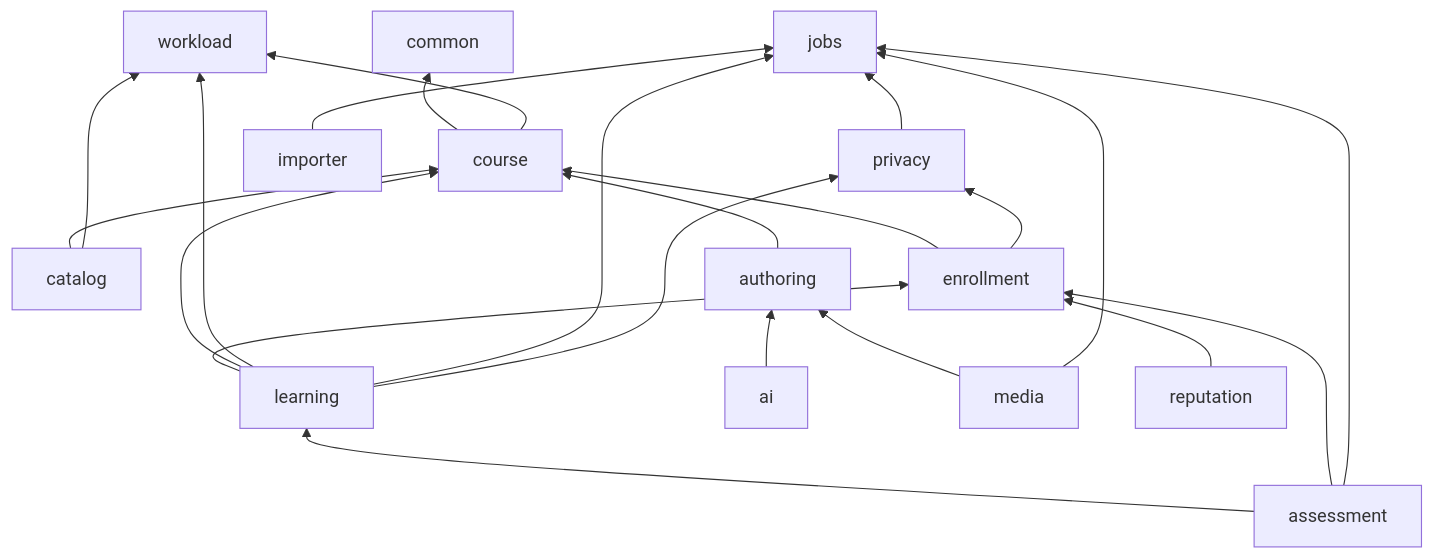
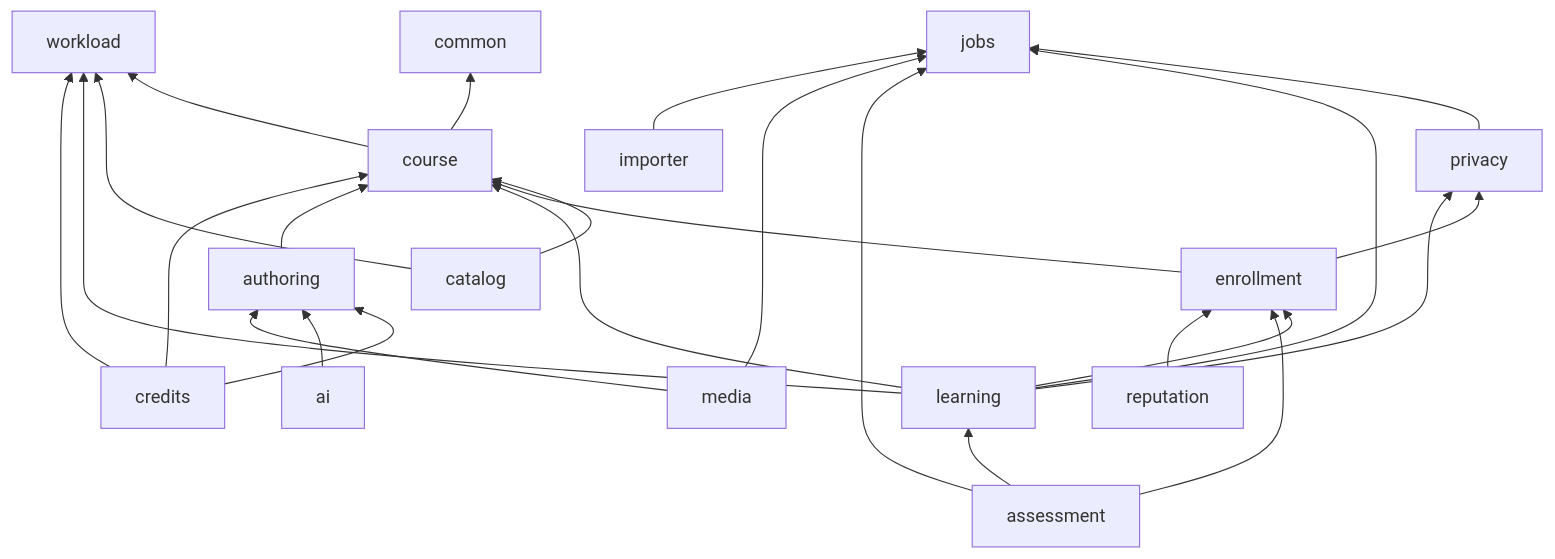
The second of 3 diagrams in docs/architecture/overview.md (wasichai/elearning-backend), drawn with Mermaid before and after one commit. The commit also changed other lines of this file and 31 other files, not shown here.

````diff
--- a/docs/architecture/overview.md
+++ b/docs/architecture/overview.md
@@ -113,28 +115,31 @@
 ```mermaid
 flowchart BT
     common
     workload
     jobs
     course --> common
     course --> workload
     catalog --> course
     catalog --> workload
     enrollment --> course
     enrollment --> privacy
     privacy --> jobs
     learning --> enrollment
     learning --> course
     learning --> workload
     learning --> jobs
     learning --> privacy
     assessment --> learning
     assessment --> enrollment
     assessment --> jobs
     authoring --> course
+    credits --> authoring
+    credits --> course
+    credits --> workload
     importer
     ai --> authoring
     media --> authoring
     media --> jobs
     reputation --> enrollment
     importer --> jobs
 ```
````
